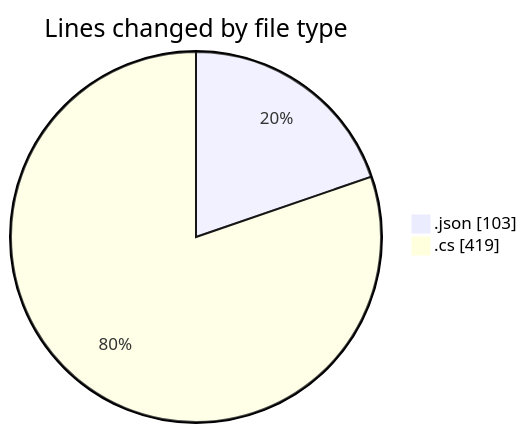
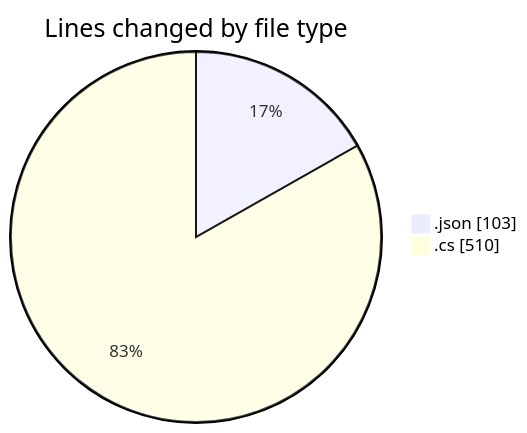
Before and after one commit to Netris89/code-tracking: the first of 2 diagrams in 2025-03-20/back-end/README.md, drawn with Mermaid. The commit also changed other lines of this file and 1 other file, not shown here.

````diff
--- a/2025-03-20/back-end/README.md
+++ b/2025-03-20/back-end/README.md
@@ -23,6 +24,6 @@
 ```mermaid
 pie showData
 title Lines changed by file type
 ".json" : 103
-".cs" : 419
+".cs" : 510
 ```
````
